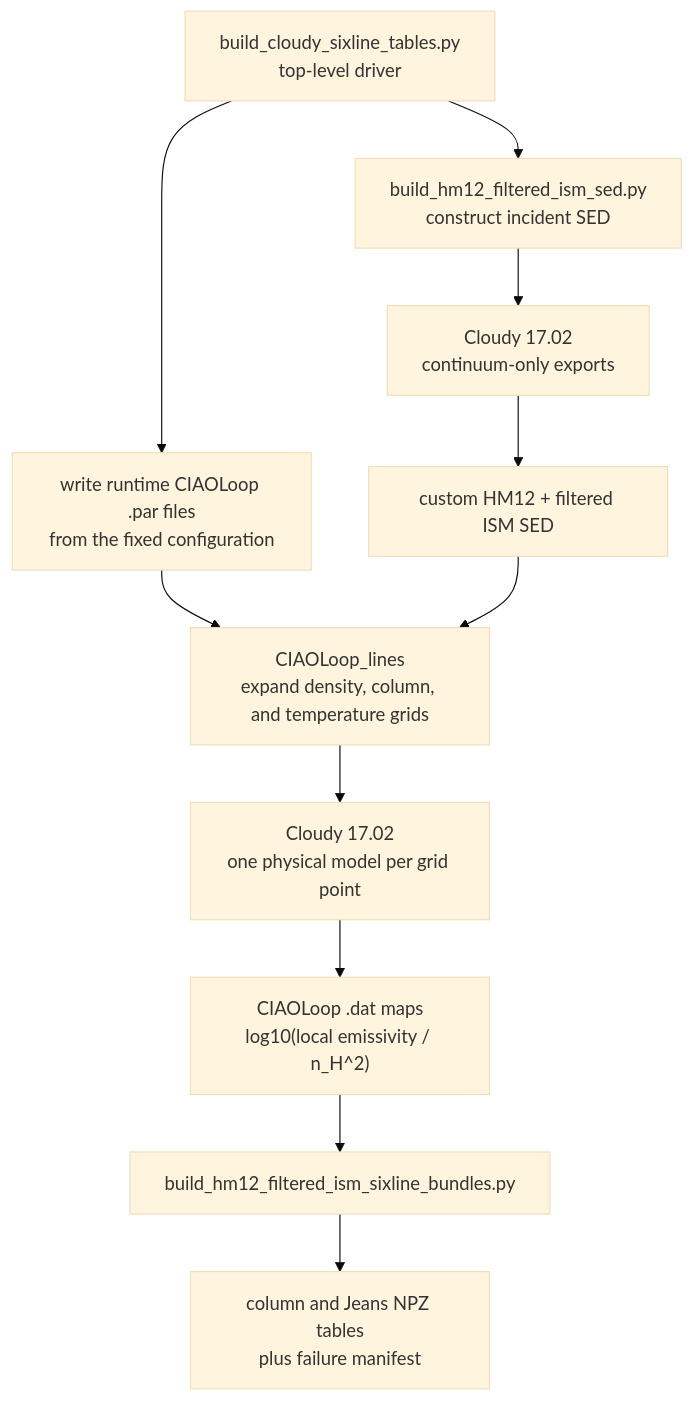
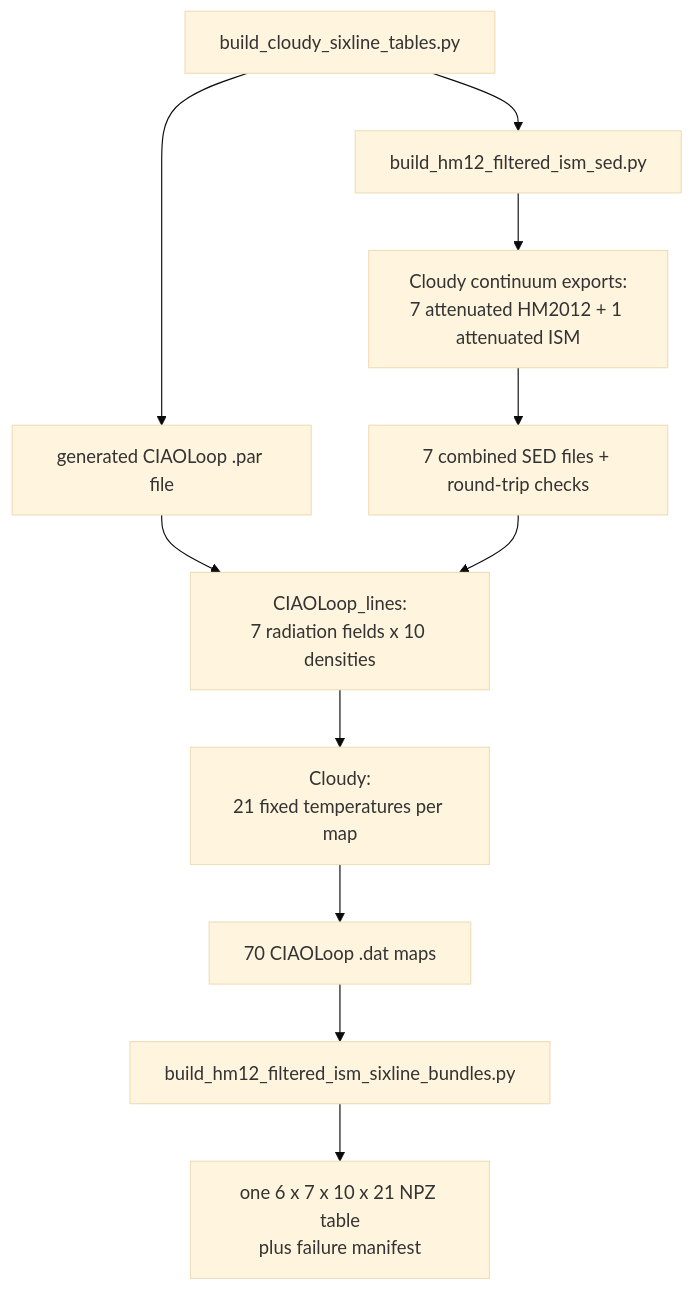
Before and after one commit to bcTiann/quokka_postprocess_3D: the diagram in CLOUDY_HM12_FILTERED_ISM_WORKFLOW.md, drawn with Mermaid (base theme). The commit also changed other lines of this file and 37 other files, not shown here.

````diff
--- a/CLOUDY_HM12_FILTERED_ISM_WORKFLOW.md
+++ b/CLOUDY_HM12_FILTERED_ISM_WORKFLOW.md
@@ -80,18 +82,17 @@
 ```mermaid
 flowchart TD
-    A["build_cloudy_sixline_tables.py<br/>top-level driver"]
-    B["build_hm12_filtered_ism_sed.py<br/>construct incident SED"]
-    C["Cloudy 17.02<br/>continuum-only exports"]
-    D["custom HM12 + filtered ISM SED"]
-    E["write runtime CIAOLoop .par files<br/>from the fixed configuration"]
-    F["CIAOLoop_lines<br/>expand density, column, and temperature grids"]
-    G["Cloudy 17.02<br/>one physical model per grid point"]
-    H["CIAOLoop .dat maps<br/>log10(local emissivity / n_H^2)"]
+    A["build_cloudy_sixline_tables.py"]
+    B["build_hm12_filtered_ism_sed.py"]
+    C["Cloudy continuum exports:<br/>7 attenuated HM2012 + 1 attenuated ISM"]
+    D["7 combined SED files + round-trip checks"]
+    E["generated CIAOLoop .par file"]
+    F["CIAOLoop_lines:<br/>7 radiation fields x 10 densities"]
+    G["Cloudy:<br/>21 fixed temperatures per map"]
+    H["70 CIAOLoop .dat maps"]
     I["build_hm12_filtered_ism_sixline_bundles.py"]
-    J["column and Jeans NPZ tables<br/>plus failure manifest"]
+    J["one 6 x 7 x 10 x 21 NPZ table<br/>plus failure manifest"]
 
     A --> B --> C --> D
     A --> E --> F
-    D --> F
-    F --> G --> H --> I --> J
+    D --> F --> G --> H --> I --> J
 ```
````
